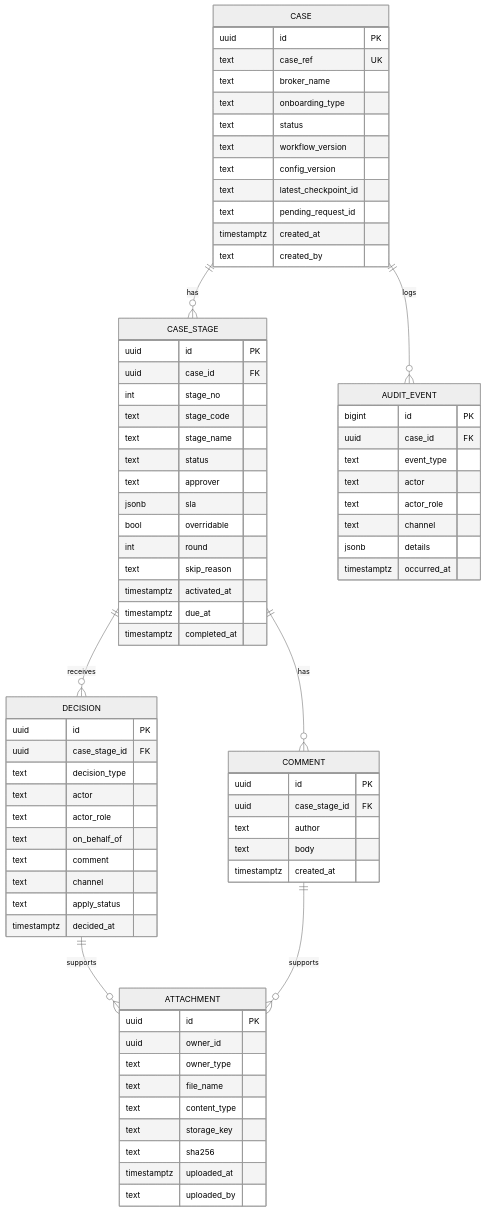
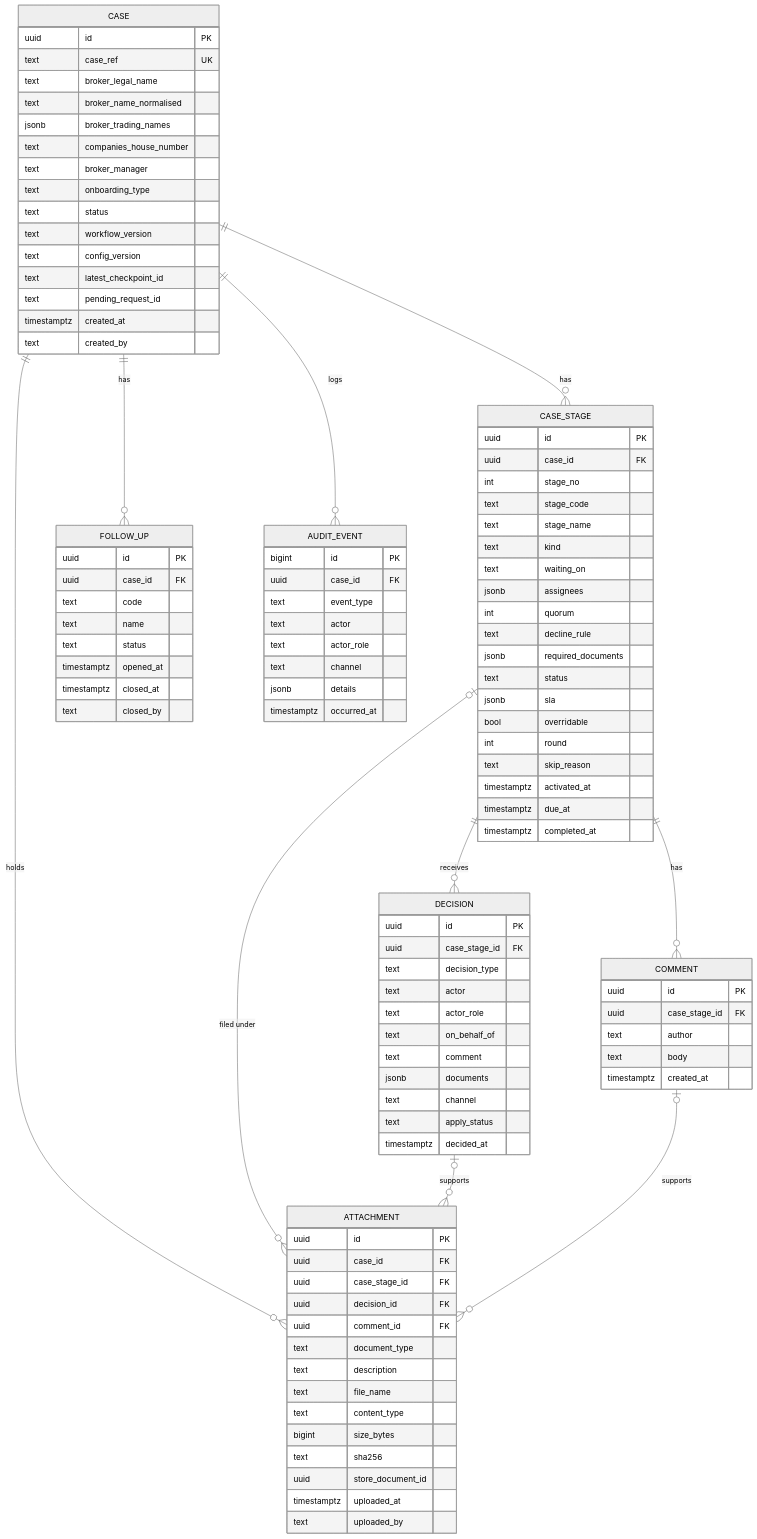
One commit to c42-arun/python-agentframework-demos changed the fifth of 10 diagrams in poc/ARCHITECTURE.md. Above: the diagram before and after it, drawn with Mermaid (neutral theme). The commit also changed other lines of this file and 2 other files, not shown here.

First line of the commit message:
Update broker onboarding POC docs from business workflow

````diff
--- a/poc/ARCHITECTURE.md
+++ b/poc/ARCHITECTURE.md
@@ -235,16 +306,23 @@
 ```mermaid
 erDiagram
     CASE ||--o{ CASE_STAGE : has
+    CASE ||--o{ FOLLOW_UP : has
     CASE ||--o{ AUDIT_EVENT : logs
+    CASE ||--o{ ATTACHMENT : holds
     CASE_STAGE ||--o{ DECISION : receives
     CASE_STAGE ||--o{ COMMENT : has
-    DECISION ||--o{ ATTACHMENT : supports
-    COMMENT ||--o{ ATTACHMENT : supports
+    CASE_STAGE |o--o{ ATTACHMENT : "filed under"
+    DECISION |o--o{ ATTACHMENT : supports
+    COMMENT |o--o{ ATTACHMENT : supports
 
     CASE {
         uuid id PK
         text case_ref UK
-        text broker_name
+        text broker_legal_name
+        text broker_name_normalised
+        jsonb broker_trading_names
+        text companies_house_number
+        text broker_manager
         text onboarding_type
         text status
         text workflow_version
@@ -260,8 +338,13 @@
         int stage_no
         text stage_code
         text stage_name
+        text kind
+        text waiting_on
+        jsonb assignees
+        int quorum
+        text decline_rule
+        jsonb required_documents
         text status
-        text approver
         jsonb sla
         bool overridable
         int round
@@ -278,9 +361,20 @@
         text actor_role
         text on_behalf_of
         text comment
+        jsonb documents
         text channel
         text apply_status
         timestamptz decided_at
+    }
+    FOLLOW_UP {
+        uuid id PK
+        uuid case_id FK
+        text code
+        text name
+        text status
+        timestamptz opened_at
+        timestamptz closed_at
+        text closed_by
     }
     COMMENT {
         uuid id PK
@@ -291,12 +385,17 @@
     }
     ATTACHMENT {
         uuid id PK
-        uuid owner_id
-        text owner_type
+        uuid case_id FK
+        uuid case_stage_id FK
+        uuid decision_id FK
+        uuid comment_id FK
+        text document_type
+        text description
         text file_name
         text content_type
-        text storage_key
+        bigint size_bytes
         text sha256
+        uuid store_document_id
         timestamptz uploaded_at
         text uploaded_by
     }
````
